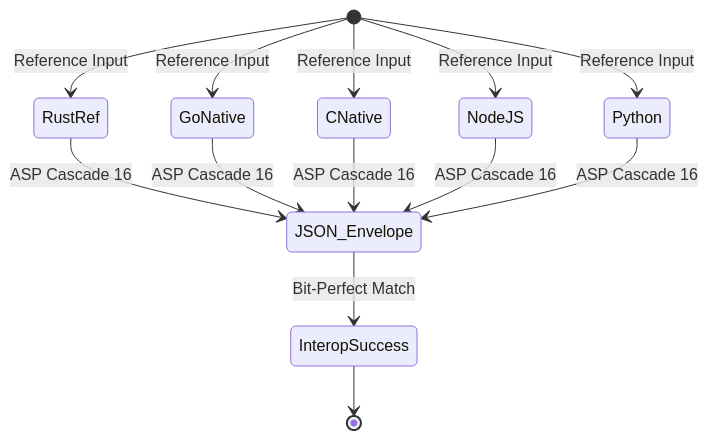
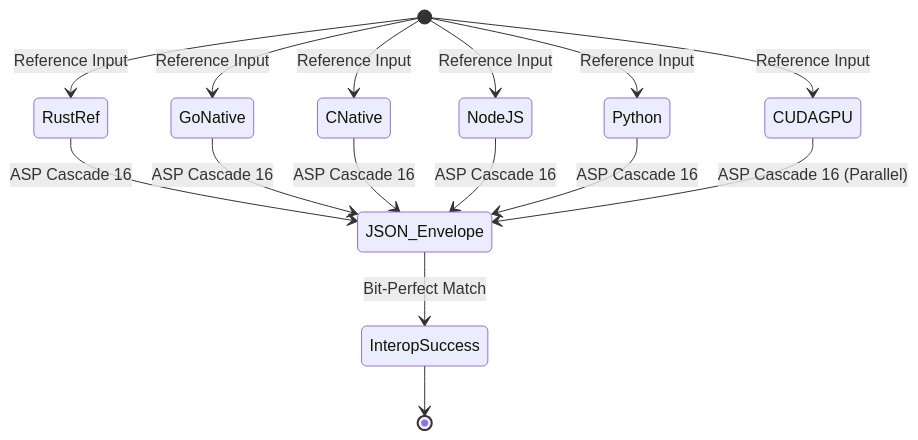
One commit to Kryklin/darkstar changed the fourth of 4 diagrams in d-asp/DASP_SYSTEM_FLOW.md. Above: the diagram before and after it, drawn with Mermaid. The commit also changed other lines of this file and 5 other files, not shown here.

````diff
--- a/d-asp/DASP_SYSTEM_FLOW.md
+++ b/d-asp/DASP_SYSTEM_FLOW.md
@@ -87,17 +87,19 @@
 ```mermaid
 stateDiagram-v2
     [*] --> RustRef: Reference Input
     [*] --> GoNative: Reference Input
     [*] --> CNative: Reference Input
     [*] --> NodeJS: Reference Input
     [*] --> Python: Reference Input
+    [*] --> CUDAGPU: Reference Input
 
     RustRef --> JSON_Envelope: ASP Cascade 16
     GoNative --> JSON_Envelope: ASP Cascade 16
     CNative --> JSON_Envelope: ASP Cascade 16
     NodeJS --> JSON_Envelope: ASP Cascade 16
     Python --> JSON_Envelope: ASP Cascade 16
+    CUDAGPU --> JSON_Envelope: ASP Cascade 16 (Parallel)
 
     JSON_Envelope --> InteropSuccess: Bit-Perfect Match
     InteropSuccess --> [*]
 ```
````
